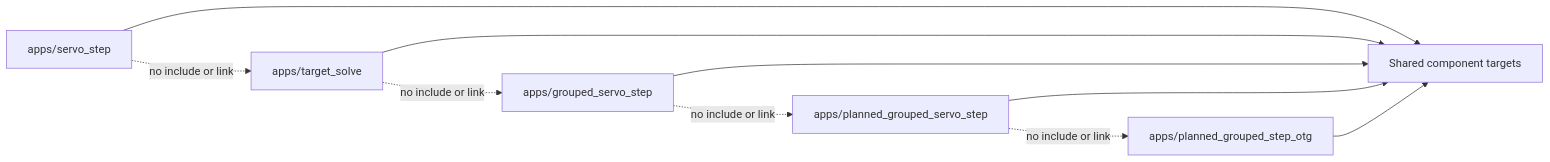
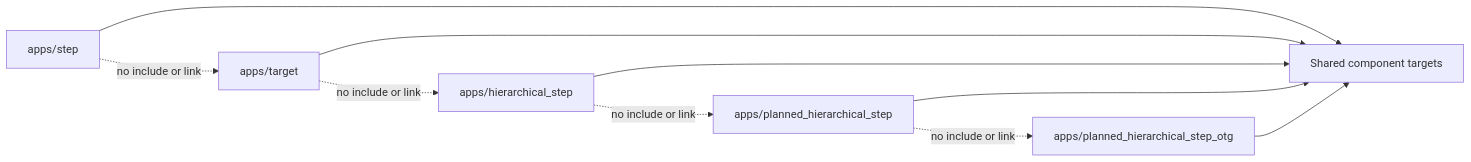
Before and after one commit to TANG617/motion_control_lab: the third of 3 diagrams in docs/app_component_architecture.md, drawn with Mermaid. The commit also changed other lines of this file and 182 other files, not shown here.

````diff
--- a/docs/app_component_architecture.md
+++ b/docs/app_component_architecture.md
@@ -333,20 +336,20 @@
 ```mermaid
 flowchart LR
-  Servo[apps/servo_step]
-  Target[apps/target_solve]
-  Grouped[apps/grouped_servo_step]
-  Planned[apps/planned_grouped_servo_step]
-  OTG[apps/planned_grouped_step_otg]
+  Servo[apps/step]
+  Target[apps/target]
+  Hierarchical[apps/hierarchical_step]
+  Planned[apps/planned_hierarchical_step]
+  OTG[apps/planned_hierarchical_step_otg]
   Common[Shared component targets]
 
   Servo --> Common
   Target --> Common
-  Grouped --> Common
+  Hierarchical --> Common
   Planned --> Common
   OTG --> Common
 
   Servo -. no include or link .-> Target
-  Target -. no include or link .-> Grouped
-  Grouped -. no include or link .-> Planned
+  Target -. no include or link .-> Hierarchical
+  Hierarchical -. no include or link .-> Planned
   Planned -. no include or link .-> OTG
 ```
````
